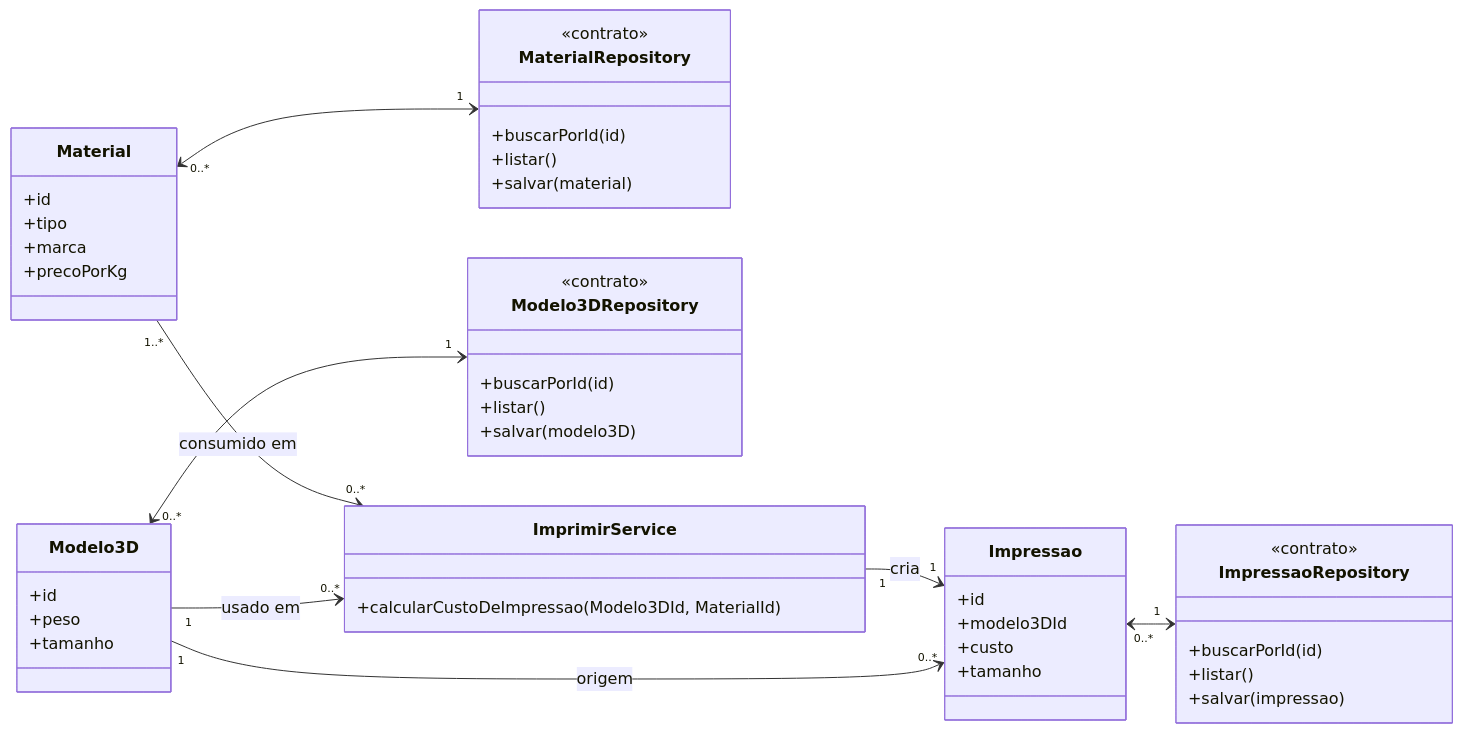
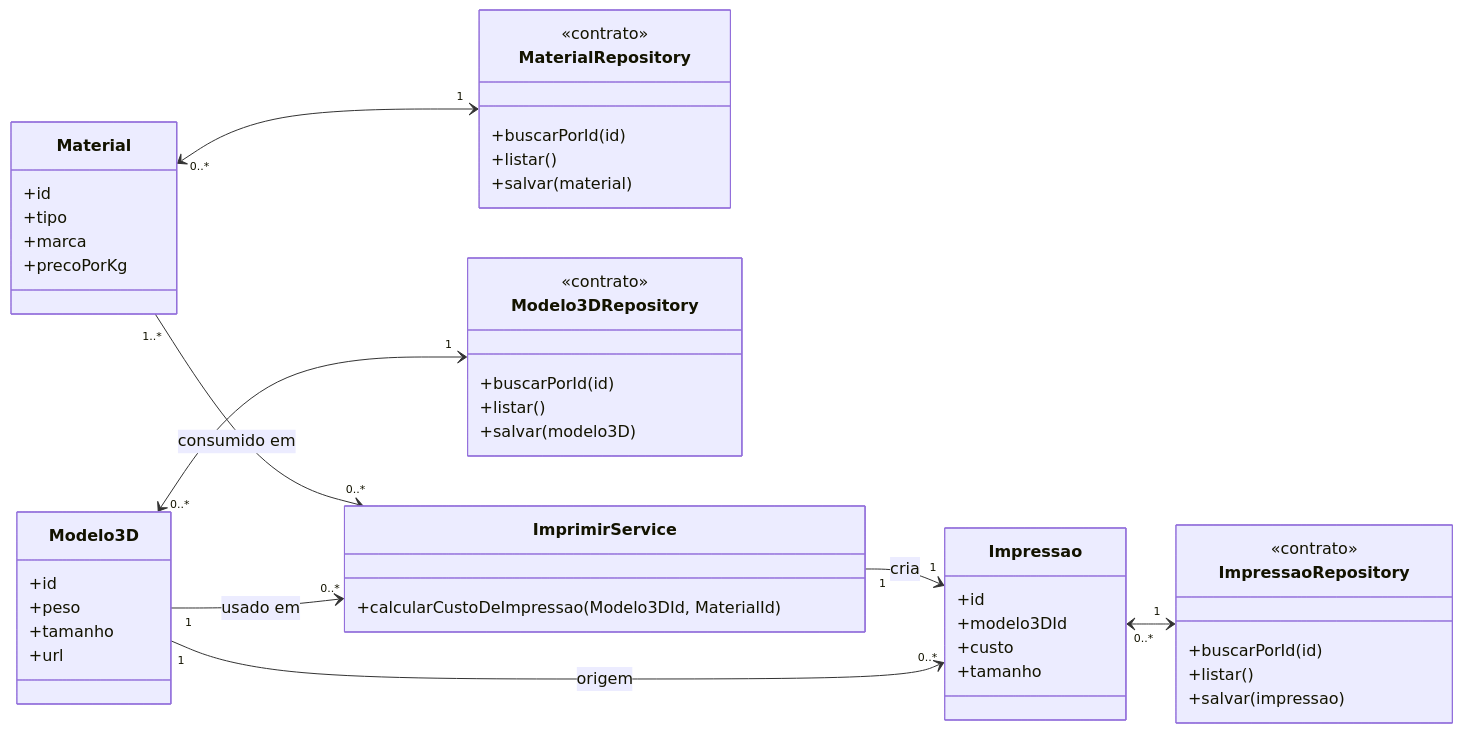
The diagram in MODELAGEM.md (ffelipeoliveira/progweb-p1-felipe-oliveira), drawn with Mermaid before and after one commit. The commit also changed other lines of this file and 6 other files, not shown here.

````diff
--- a/MODELAGEM.md
+++ b/MODELAGEM.md
@@ -20,54 +20,55 @@
 ```mermaid
 classDiagram
   direction LR
 
   class Material {
     +id
     +tipo
     +marca
     +precoPorKg
   }
   class Modelo3D {
     +id
     +peso
     +tamanho
+    +url
   }
   class Impressao {
     +id
     +modelo3DId
     +custo
     +tamanho
   }
   class MaterialRepository {
     <<contrato>>
     +buscarPorId(id)
     +listar()
     +salvar(material)
   }
   class Modelo3DRepository {
     <<contrato>>
     +buscarPorId(id)
     +listar()
     +salvar(modelo3D)
   }
   class ImpressaoRepository {
     <<contrato>>
     +buscarPorId(id)
     +listar()
     +salvar(impressao)
   }
   class ImprimirService {
     +calcularCustoDeImpressao(Modelo3DId, MaterialId)
   }
 
   Material "1..*" --> "0..*" ImprimirService : consumido em
   Modelo3D "1" --> "0..*" ImprimirService : usado em
   ImprimirService "1" --> "1" Impressao : cria
   Modelo3D "1" --> "0..*" Impressao : origem
 
   Material "0..*" <--> "1" MaterialRepository
   Modelo3D "0..*" <--> "1" Modelo3DRepository
   Impressao "0..*" <--> "1" ImpressaoRepository
 
 
 ```
````
